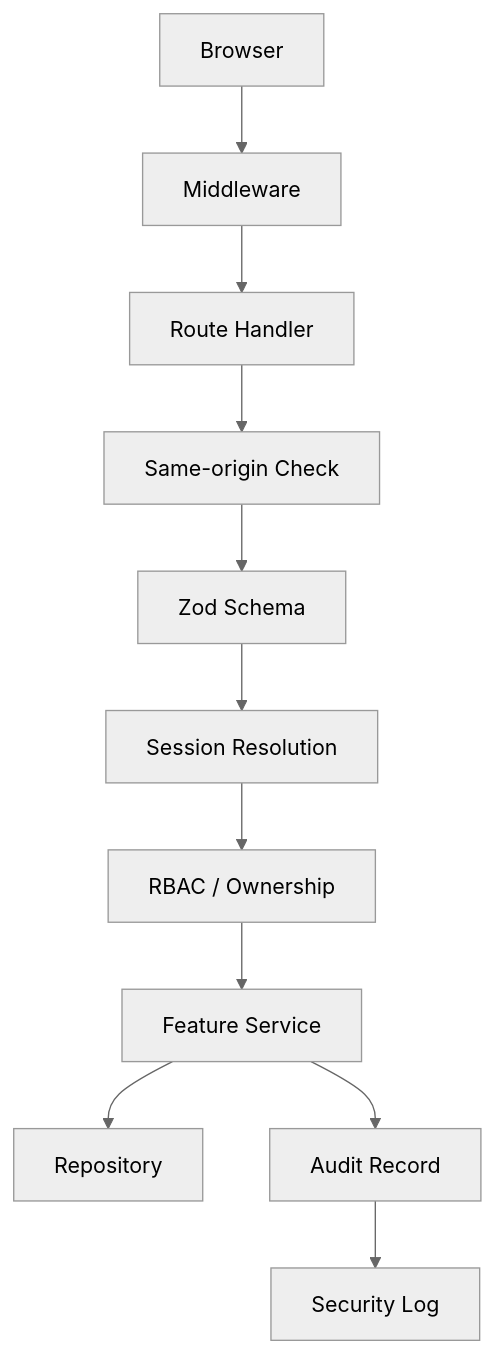
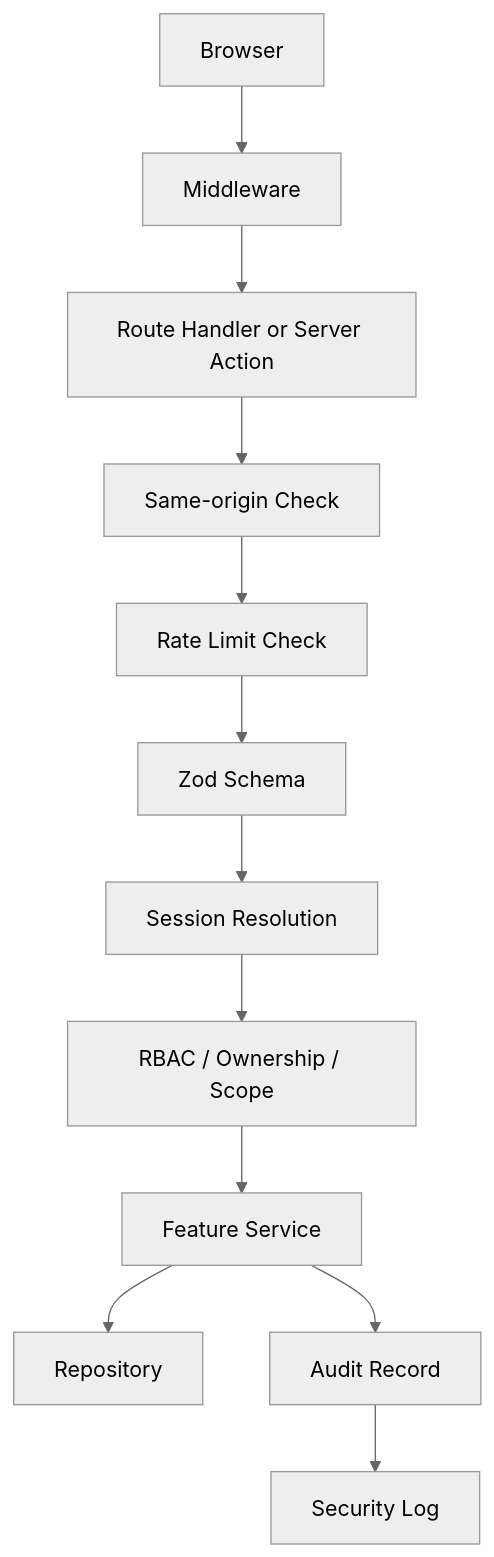
One commit to Nuraj250/Secure-Dance-Academy changed the diagram in docs/security/README.md. Above: the diagram before and after it, drawn with Mermaid (neutral theme). The commit also changed other lines of this file and 54 other files, not shown here.

````diff
--- a/docs/security/README.md
+++ b/docs/security/README.md
@@ -24,13 +35,14 @@
 ```mermaid
 flowchart TD
   Browser[Browser] --> MW[Middleware]
-  MW --> Route[Route Handler]
+  MW --> Route[Route Handler or Server Action]
   Route --> Origin[Same-origin Check]
-  Origin --> Schema[Zod Schema]
+  Origin --> Rate[Rate Limit Check]
+  Rate --> Schema[Zod Schema]
   Schema --> Auth[Session Resolution]
-  Auth --> RBAC[RBAC / Ownership]
+  Auth --> RBAC[RBAC / Ownership / Scope]
   RBAC --> Service[Feature Service]
   Service --> Repo[Repository]
   Service --> Audit[Audit Record]
   Audit --> Log[Security Log]
 ```
````
